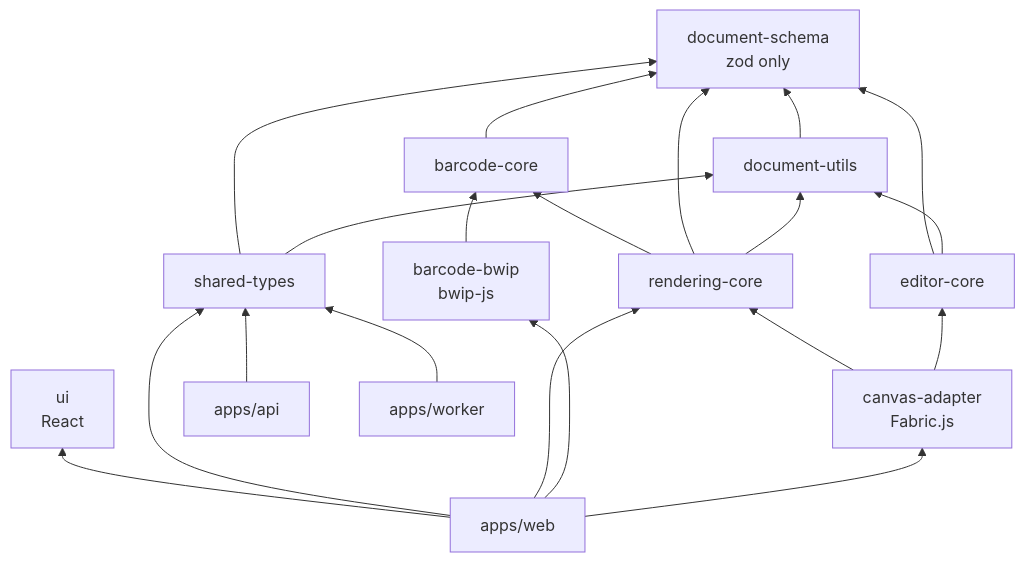
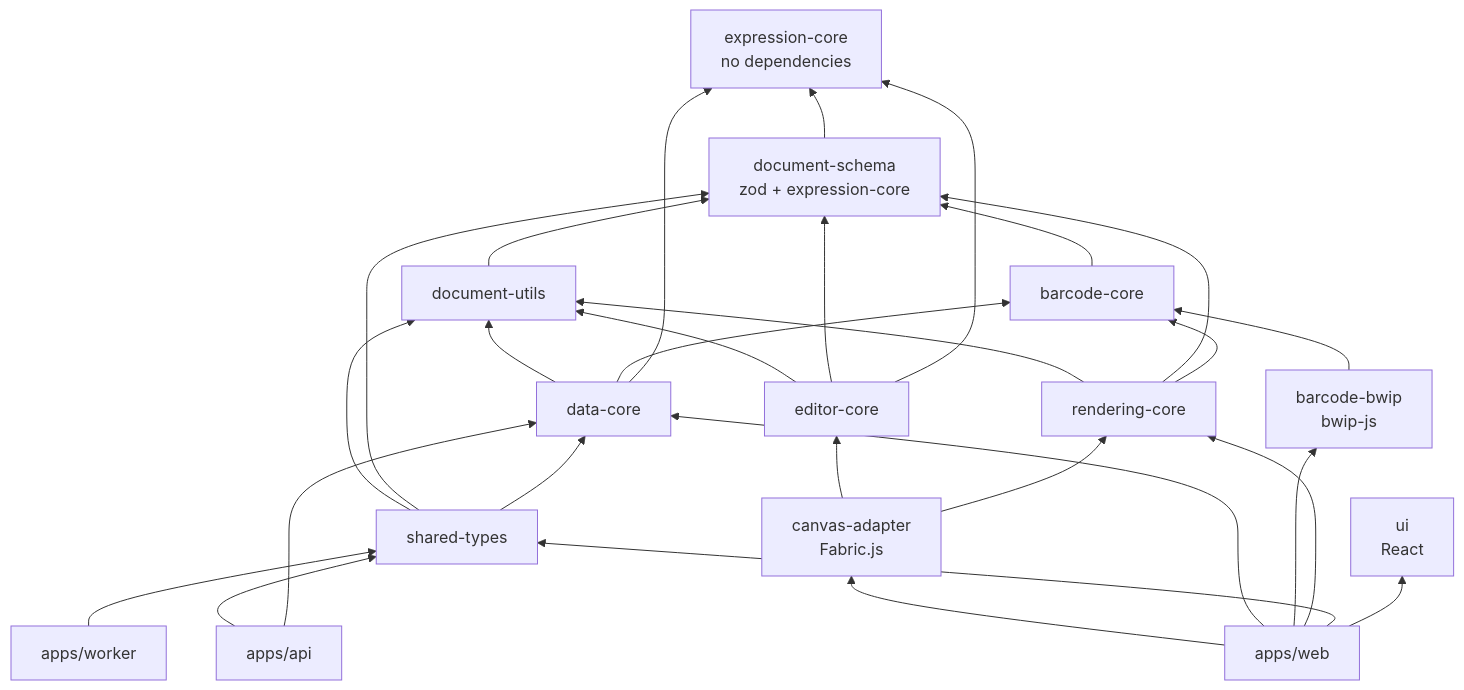
One commit to shuvo1s/SmartTag changed the second of 2 diagrams in docs/architecture.md. Above: the diagram before and after it, drawn with Mermaid. The commit also changed other lines of this file and 9 other files, not shown here.

First line of the commit message:
docs: data schema, bindings, expressions and Phase 3 architecture

````diff
--- a/docs/architecture.md
+++ b/docs/architecture.md
@@ -85,24 +89,32 @@
 ```mermaid
 flowchart BT
-  schema[document-schema<br/>zod only]
+  expr[expression-core<br/>no dependencies]
+  schema[document-schema<br/>zod + expression-core] --> expr
   utils[document-utils] --> schema
+  data[data-core] --> utils
+  data --> barcode
+  data --> expr
   rendering[rendering-core] --> utils
   rendering --> schema
   barcode[barcode-core] --> schema
   rendering --> barcode
   bwip[barcode-bwip<br/>bwip-js] --> barcode
   editor[editor-core] --> utils
   editor --> schema
   canvas[canvas-adapter<br/>Fabric.js] --> editor
   canvas --> rendering
   shared[shared-types] --> utils
   shared --> schema
   ui[ui<br/>React]
+  shared --> data
   api[apps/api] --> shared
+  api --> data
   worker[apps/worker] --> shared
   web[apps/web] --> canvas
+  web --> data
+  editor --> expr
   web --> bwip
   web --> rendering
   web --> shared
   web --> ui
 ```
````
